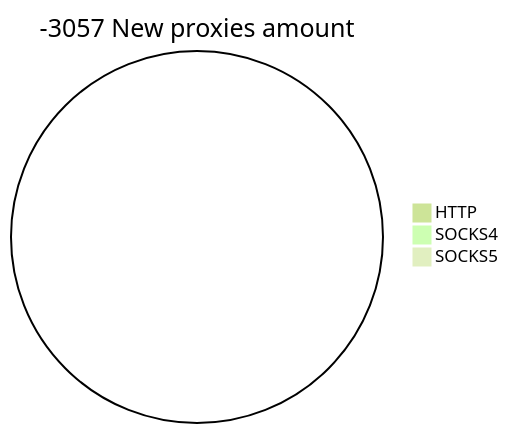
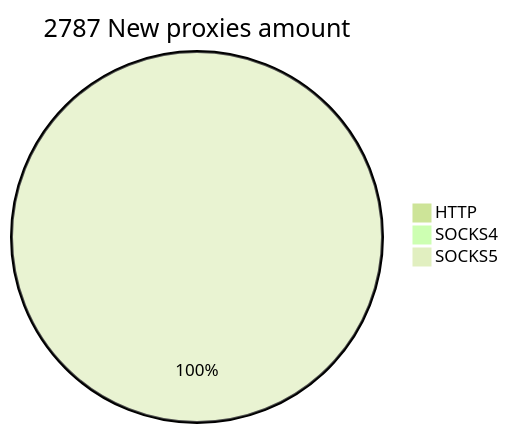
The second of 2 diagrams in README.md (cutipu/proxylist), drawn with Mermaid (forest theme) before and after one commit. The commit also changed other lines of this file, not shown here.

````diff
--- a/README.md
+++ b/README.md
@@ -10,6 +10,6 @@
 ```mermaid
-pie title -3057 New proxies amount
-    "HTTP" : 0
+pie title 2787 New proxies amount
+    "HTTP" : 1
     "SOCKS4" : 0
-    "SOCKS5" : 0
+    "SOCKS5" : 3181
 ```
````
